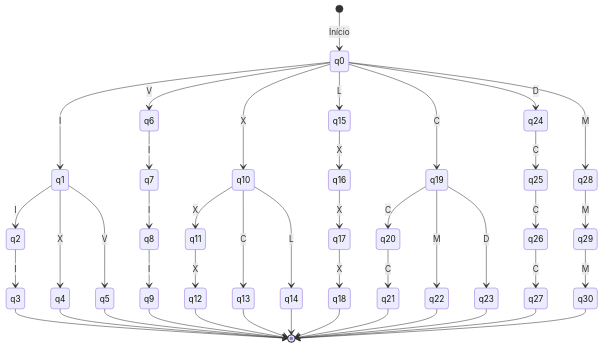
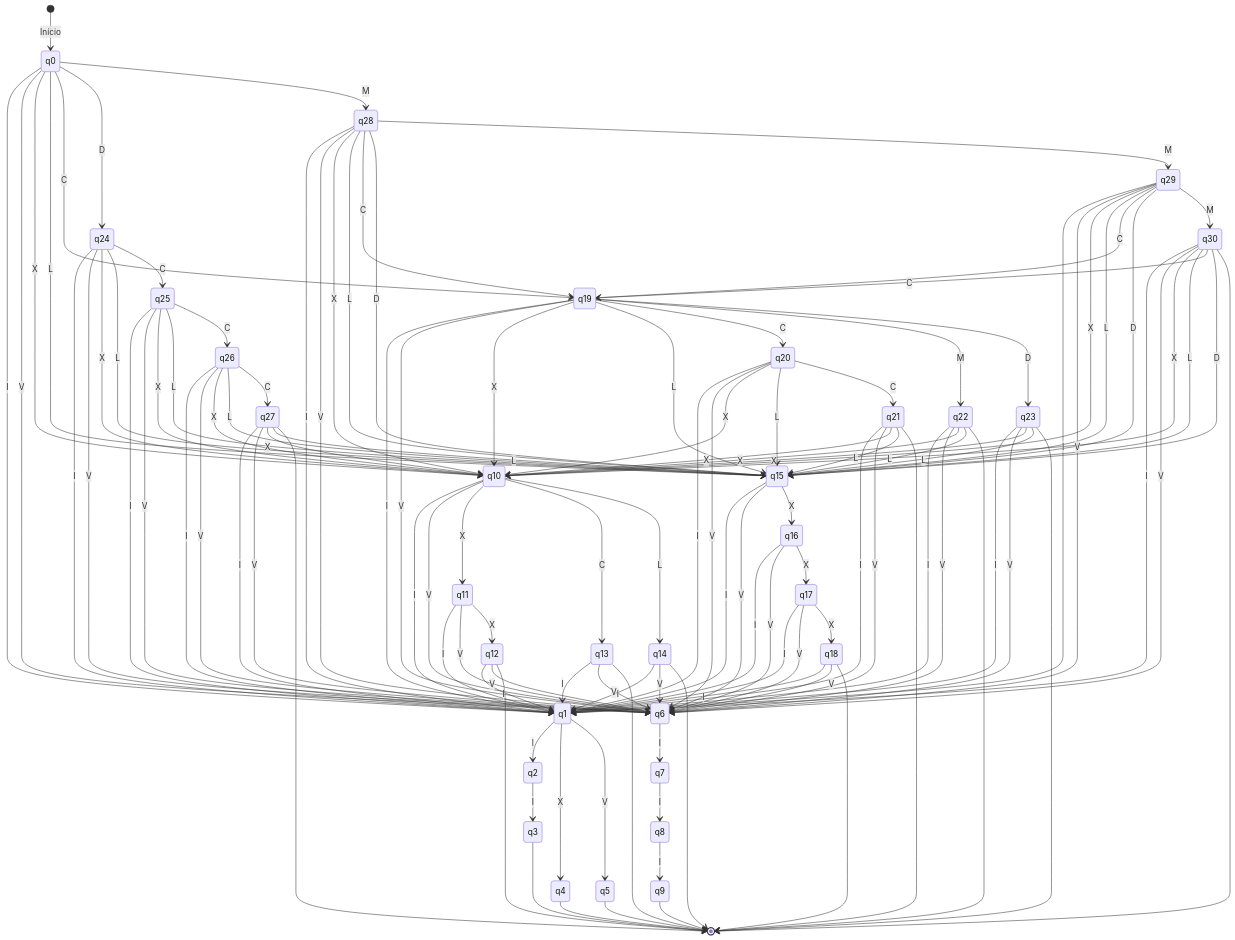
The diagram in test-mermaid.md (oLoouiz/Tradutor-de-n-meros-romanos-Automatos), drawn with Mermaid before and after one commit. The commit also changed 1 other file, not shown here.

Commit message:
colocando grafo

```diff
--- a/test-mermaid.md
+++ b/test-mermaid.md
@@ -55,6 +55,36 @@
     q8 --> q9 : I
     q1 --> q4 : X
     q1 --> q5 : V
+
+
+    q10 --> q1 : I
+    q10 --> q6 : V
+
+    q11 --> q1 : I
+    q11 --> q6 : V
+
+    q12 --> q1 : I
+    q12 --> q6 : V
+
+    q13 --> q1 : I
+    q13 --> q6 : V
+
+    q14 --> q1 : I
+    q14 --> q6 : V
+
+    q15 --> q1 : I
+    q15 --> q6 : V
+
+    q16 --> q1 : I
+    q16 --> q6 : V
+
+    q17 --> q1 : I
+    q17 --> q6 : V
+
+    q18 --> q1 : I
+    q18 --> q6 : V
+
+
     q0 --> q10 : X
     q10 --> q11 : X
     q11 --> q12 : X
@@ -64,6 +94,54 @@
     q15 --> q16 : X
     q16 --> q17 : X
     q17 --> q18 : X
+
+
+    q19 --> q1 : I
+    q19 --> q6 : V
+    q19 --> q10 : X
+    q19 --> q15 : L
+
+    q20 --> q1 : I
+    q20 --> q6 : V
+    q20 --> q10 : X
+    q20 --> q15 : L
+
+    q21 --> q1 : I
+    q21 --> q6 : V
+    q21 --> q10 : X
+    q21 --> q15 : L
+
+    q22 --> q1 : I
+    q22 --> q6 : V
+    q22 --> q10 : X
+    q22 --> q15 : L
+
+    q23 --> q1 : I
+    q23 --> q6 : V
+    q23 --> q10 : X
+    q23 --> q15 : L
+
+    q24 --> q1 : I
+    q24 --> q6 : V
+    q24 --> q10 : X
+    q24 --> q15 : L
+
+    q25 --> q1 : I
+    q25 --> q6 : V
+    q25 --> q10 : X
+    q25 --> q15 : L
+
+    q26 --> q1 : I
+    q26 --> q6 : V
+    q26 --> q10 : X
+    q26 --> q15 : L
+
+    q27 --> q1 : I
+    q27 --> q6 : V
+    q27 --> q10 : X
+    q27 --> q15 : L
+
+
     q0 --> q19 : C
     q19 --> q20 : C
     q20 --> q21 : C
@@ -73,9 +151,35 @@
     q24 --> q25 : C
     q25 --> q26 : C
     q26 --> q27 : C
+
+
+    q28 --> q1 : I
+    q28 --> q6 : V
+    q28 --> q10 : X
+    q28 --> q15 : L
+    q28 --> q19 : C
+    q28 --> q15 : D
+
+    q29 --> q1 : I
+    q29 --> q6 : V
+    q29 --> q10 : X
+    q29 --> q15 : L
+    q29 --> q19 : C
+    q29 --> q15 : D
+
+    q30 --> q1 : I
+    q30 --> q6 : V
+    q30 --> q10 : X
+    q30 --> q15 : L
+    q30 --> q19 : C
+    q30 --> q15 : D
+
+
     q0 --> q28 : M
     q28 --> q29 : M
     q29 --> q30 : M
+
+
     q3 --> [*]
     q4 --> [*]
     q5 --> [*]
```
